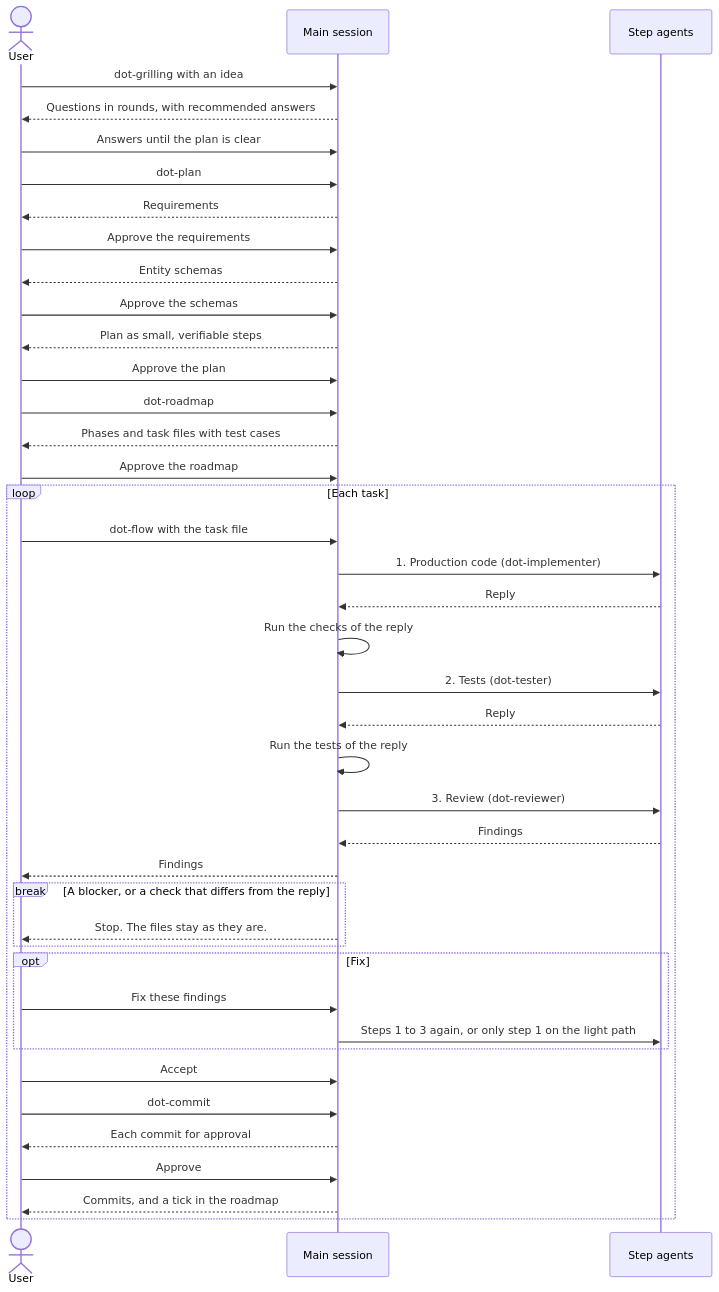
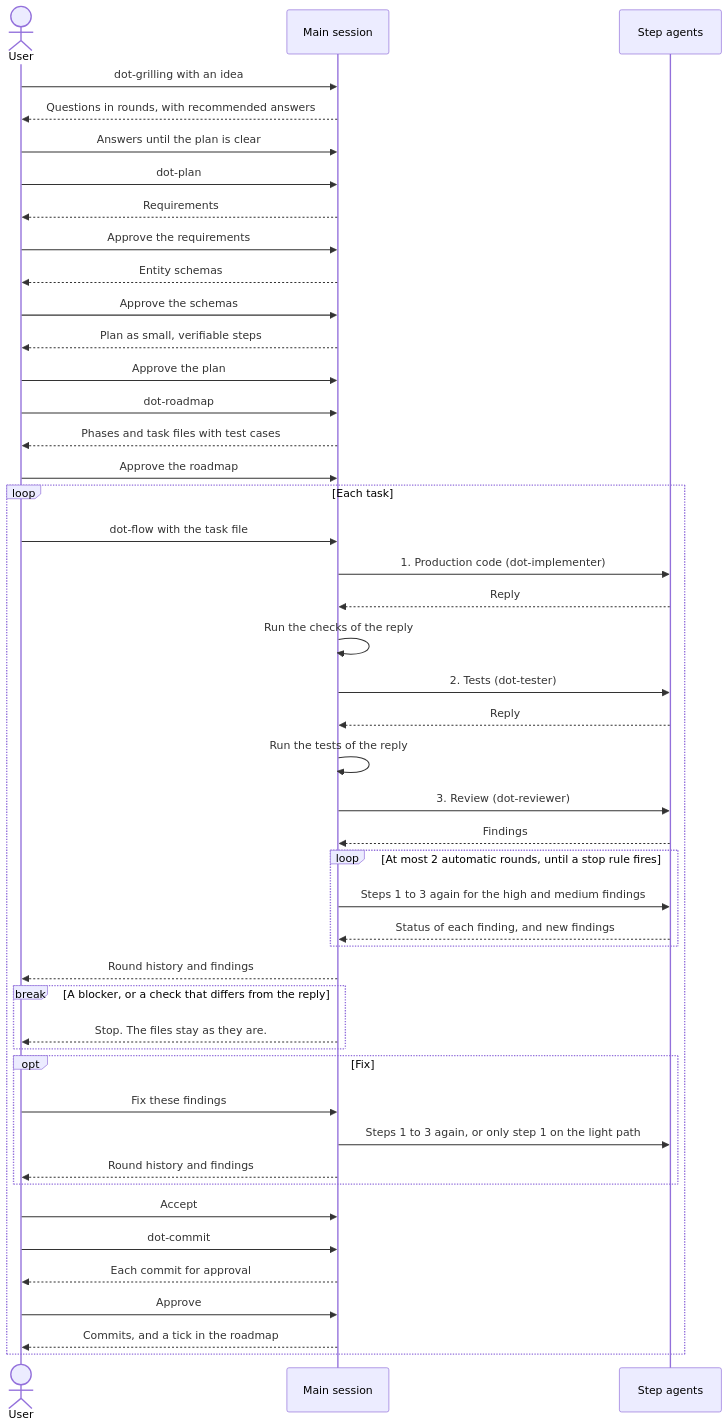
The diagram in README.md (igorlau/dotagents), drawn with Mermaid before and after one commit. The commit also changed other lines of this file and 7 other files, not shown here.

First line of the commit message:
feat(skills): fix high and medium findings without a stop

````diff
--- a/README.md
+++ b/README.md
@@ -85,43 +85,48 @@
 ```mermaid
 sequenceDiagram
     actor User
     participant Main as Main session
     participant Agents as Step agents
     User->>Main: dot-grilling with an idea
     Main-->>User: Questions in rounds, with recommended answers
     User->>Main: Answers until the plan is clear
     User->>Main: dot-plan
     Main-->>User: Requirements
     User->>Main: Approve the requirements
     Main-->>User: Entity schemas
     User->>Main: Approve the schemas
     Main-->>User: Plan as small, verifiable steps
     User->>Main: Approve the plan
     User->>Main: dot-roadmap
     Main-->>User: Phases and task files with test cases
     User->>Main: Approve the roadmap
     loop Each task
         User->>Main: dot-flow with the task file
         Main->>Agents: 1. Production code (dot-implementer)
         Agents-->>Main: Reply
         Main->>Main: Run the checks of the reply
         Main->>Agents: 2. Tests (dot-tester)
         Agents-->>Main: Reply
         Main->>Main: Run the tests of the reply
         Main->>Agents: 3. Review (dot-reviewer)
         Agents-->>Main: Findings
-        Main-->>User: Findings
+        loop At most 2 automatic rounds, until a stop rule fires
+            Main->>Agents: Steps 1 to 3 again for the high and medium findings
+            Agents-->>Main: Status of each finding, and new findings
+        end
+        Main-->>User: Round history and findings
         break A blocker, or a check that differs from the reply
             Main-->>User: Stop. The files stay as they are.
         end
         opt Fix
             User->>Main: Fix these findings
             Main->>Agents: Steps 1 to 3 again, or only step 1 on the light path
+            Main-->>User: Round history and findings
         end
         User->>Main: Accept
         User->>Main: dot-commit
         Main-->>User: Each commit for approval
         User->>Main: Approve
         Main-->>User: Commits, and a tick in the roadmap
     end
 ```
````
